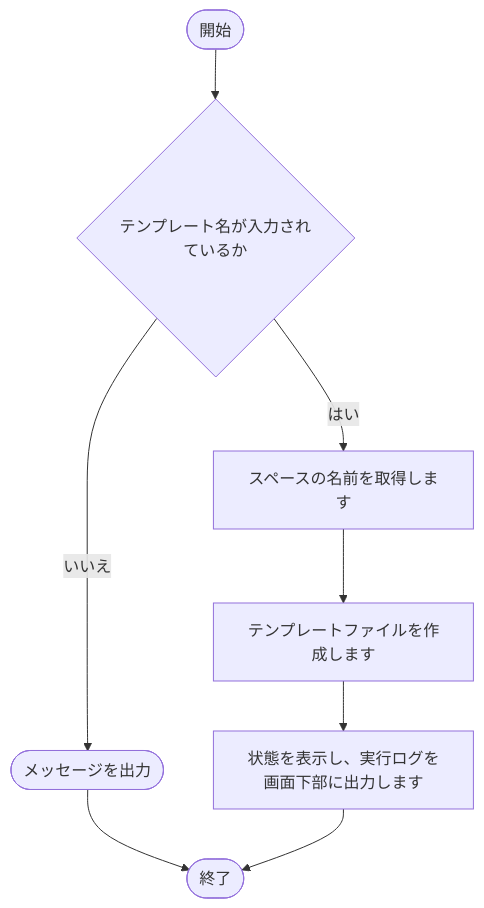
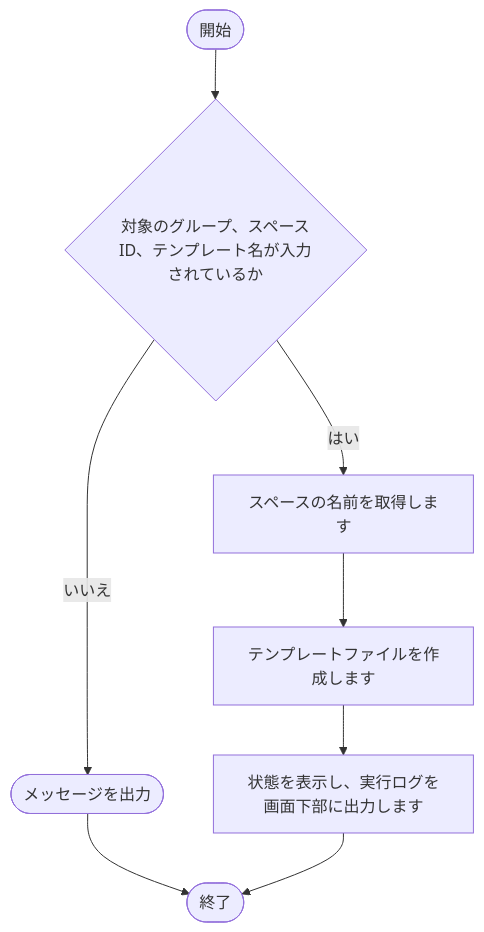
One commit to nishida2073/project_management changed the eighth of 15 diagrams in tool/kintone-resourse-generator/doc/02_設計/処理フロー.md. Above: the diagram before and after it, drawn with Mermaid. The commit also changed other lines of this file and 16 other files, not shown here.

````diff
--- a/tool/kintone-resourse-generator/doc/02_設計/処理フロー.md
+++ b/tool/kintone-resourse-generator/doc/02_設計/処理フロー.md
@@ -226,17 +246,17 @@
 ```mermaid
 flowchart TD
     S(["開始"])
     E(["終了"])
-    N1{"テンプレート名が入力されているか"}
+    N1{"対象のグループ、スペースID、テンプレート名が入力されているか"}
     X1(["メッセージを出力"])
     X1 --> E
     N1 -- いいえ --> X1
     S --> N1
     N2["スペースの名前を取得します"]
     N1 -- はい --> N2
     N3["テンプレートファイルを作成します"]
     N2 --> N3
     N4["状態を表示し、実行ログを画面下部に出力します"]
     N3 --> N4
     N4 --> E
 ```
````
